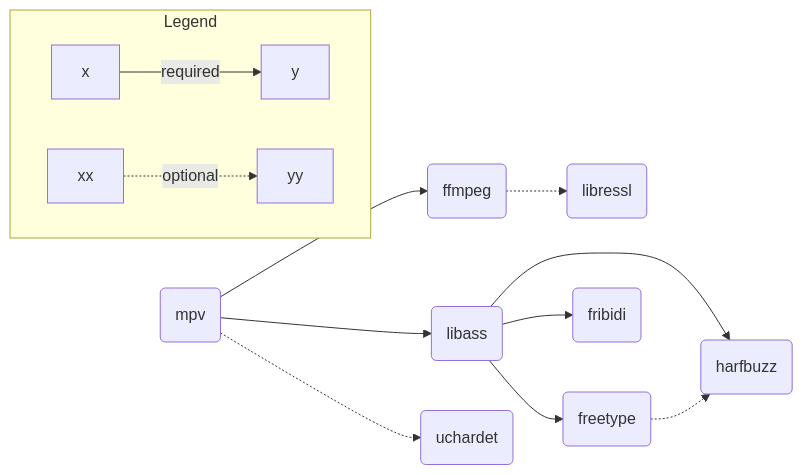
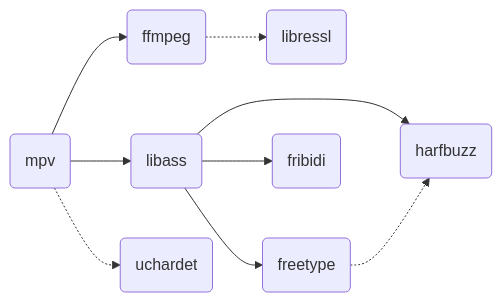
The diagram in README.md (media-kit/libmpv-darwin-build), drawn with Mermaid before and after one commit. The commit also changed other lines of this file, not shown here.

````diff
--- a/README.md
+++ b/README.md
@@ -18,22 +24,15 @@
 ```mermaid
 flowchart LR
 
 A(mpv) --> B(ffmpeg)
 A(mpv) --> C(libass)
 A(mpv) -.-> D(uchardet)
 
 B -.-> H(libressl)
 
 C --> E(freetype)
 C --> F(harfbuzz)
 C --> G(fribidi)
 
 E -.-> F
-
-subgraph Legend
-    direction LR
-
-    x -- required --> y
-    xx -. optional .-> yy
-end
 ```
````
